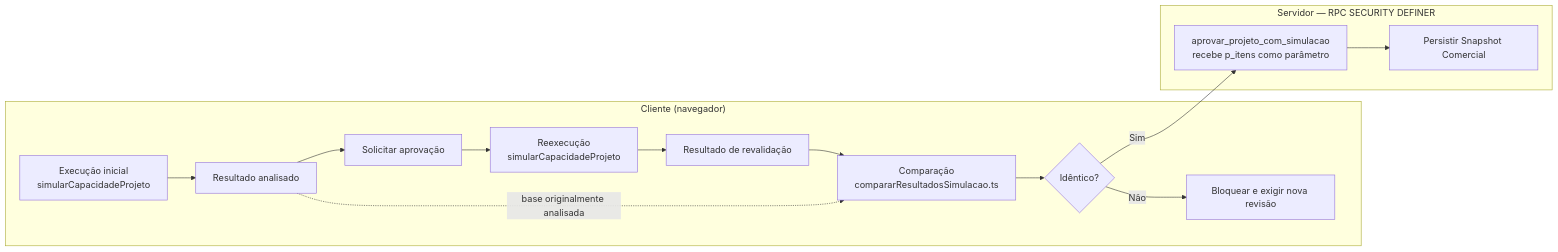
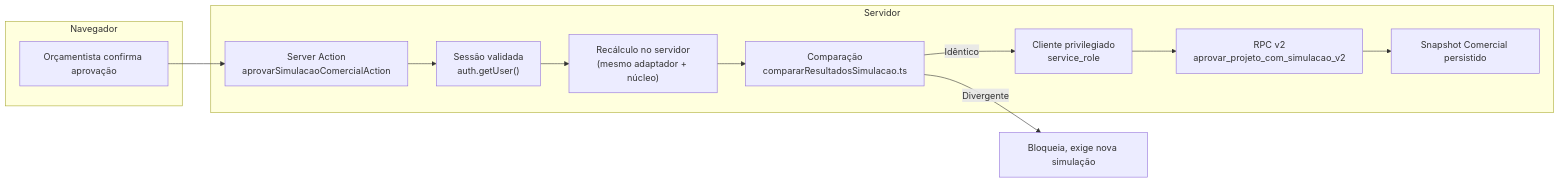
One commit to nexotfe/sistema-producao changed the second of 3 diagrams in knowledge/arquitetura-tecnica/PAD-008_Motor_Capacidade.md. Above: the diagram before and after it, drawn with Mermaid. The commit also changed other lines of this file and 1 other file, not shown here.

Commit message:
docs(simulacao-comercial): formaliza DEC-004 v1.1 e PAD-008 v2.0

````diff
--- a/knowledge/arquitetura-tecnica/PAD-008_Motor_Capacidade.md
+++ b/knowledge/arquitetura-tecnica/PAD-008_Motor_Capacidade.md
@@ -111,19 +84,18 @@
 ```mermaid
 flowchart LR
-    subgraph Cliente["Cliente (navegador)"]
-        A["Execução inicial<br/>simularCapacidadeProjeto"] --> B["Resultado analisado"]
-        B --> C["Solicitar aprovação"]
-        C --> D["Reexecução<br/>simularCapacidadeProjeto"]
-        D --> E["Resultado de revalidação"]
-        E --> F["Comparação<br/>compararResultadosSimulacao.ts"]
-        B -. "base originalmente analisada" .-> F
-        F --> G{"Idêntico?"}
-        G -- "Não" --> H["Bloquear e exigir nova revisão"]
+    subgraph Cliente2["Navegador"]
+        E["Orçamentista confirma aprovação"]
     end
-    subgraph Servidor["Servidor — RPC SECURITY DEFINER"]
-        I["aprovar_projeto_com_simulacao<br/>recebe p_itens como parâmetro"]
-        J["Persistir Snapshot Comercial"]
+    subgraph Servidor2["Servidor"]
+        F["Server Action<br/>aprovarSimulacaoComercialAction"]
+        G["Sessão validada<br/>auth.getUser()"]
+        H["Recálculo no servidor<br/>(mesmo adaptador + núcleo)"]
+        I["Comparação<br/>compararResultadosSimulacao.ts"]
+        J["Cliente privilegiado<br/>service_role"]
+        K["RPC v2<br/>aprovar_projeto_com_simulacao_v2"]
+        L["Snapshot Comercial persistido"]
     end
-    G -- "Sim" --> I
-    I --> J
+    E --> F --> G --> H --> I
+    I -- "Divergente" --> M["Bloqueia, exige nova simulação"]
+    I -- "Idêntico" --> J --> K --> L
 ```
````
